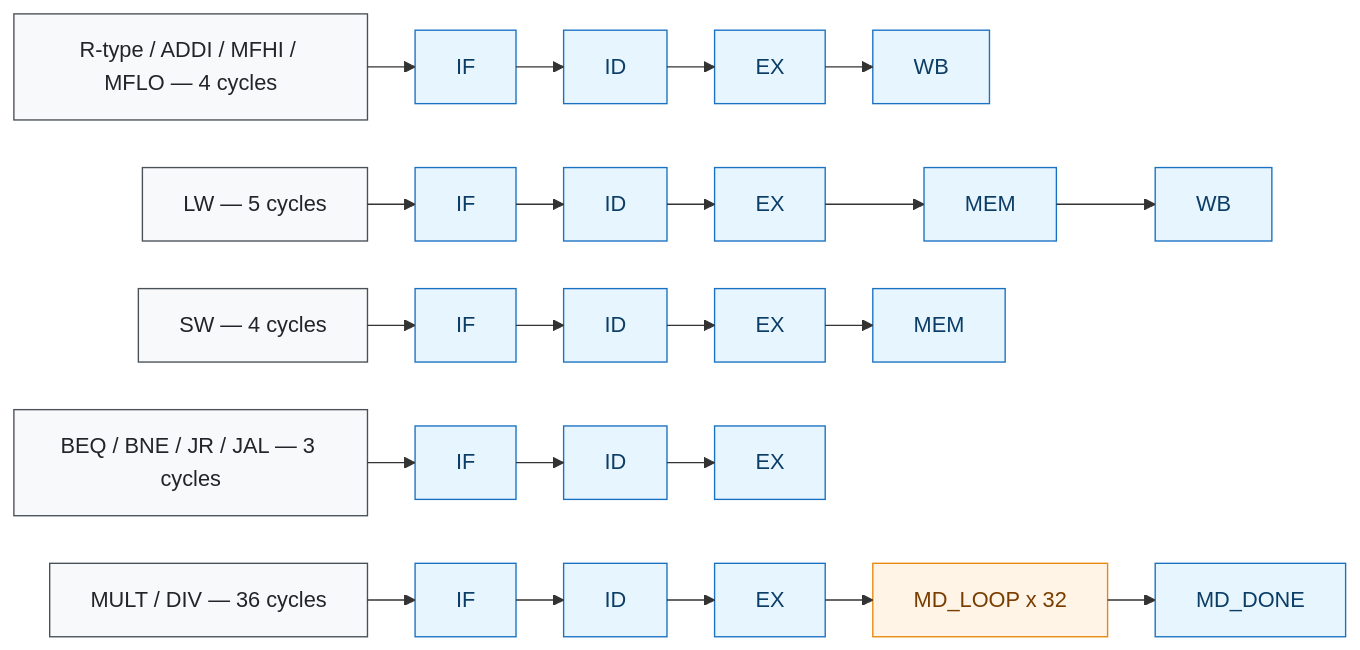
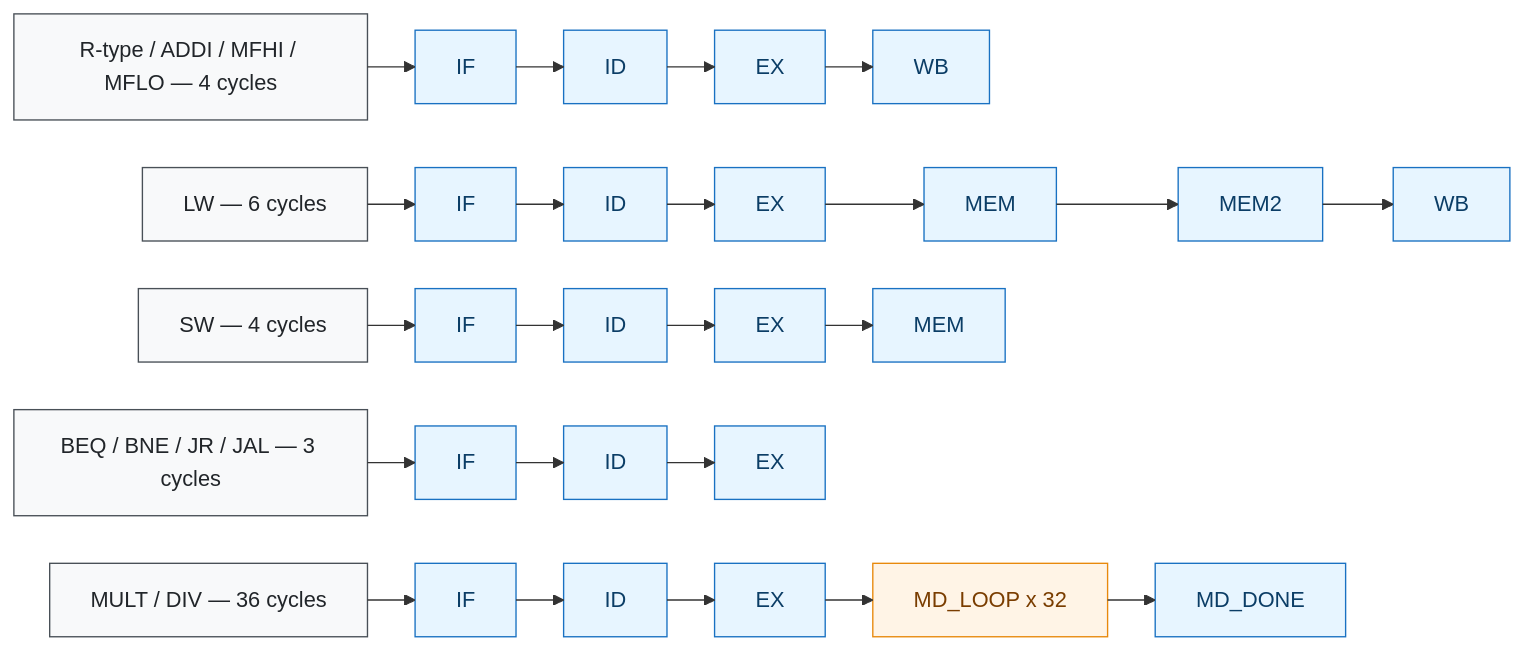
One commit to AtikRahat/mips-multi-cycle-cpu changed the tenth of 11 diagrams in ARCHITECTURE.md. Above: the diagram before and after it, drawn with Mermaid. The commit also changed other lines of this file and 100 other files, not shown here.

````diff
--- a/ARCHITECTURE.md
+++ b/ARCHITECTURE.md
@@ -665,25 +625,25 @@
 ```mermaid
 %%{init: {"flowchart": {"defaultRenderer": "elk"}} }%%
 flowchart LR
     A0["R-type / ADDI / MFHI / MFLO — 4 cycles"] --> A1
     A1["IF"] --> A2["ID"] --> A3["EX"] --> A4["WB"]
 
-    B0["LW — 5 cycles"] --> B1
-    B1["IF"] --> B2["ID"] --> B3["EX"] --> B4["MEM"] --> B5["WB"]
+    B0["LW — 6 cycles"] --> B1
+    B1["IF"] --> B2["ID"] --> B3["EX"] --> B4["MEM"] --> B4b["MEM2"] --> B5["WB"]
 
     C0["SW — 4 cycles"] --> C1
     C1["IF"] --> C2["ID"] --> C3["EX"] --> C4["MEM"]
 
     D0["BEQ / BNE / JR / JAL — 3 cycles"] --> D1
     D1["IF"] --> D2["ID"] --> D3["EX"]
 
     E0["MULT / DIV — 36 cycles"] --> E1
     E1["IF"] --> E2["ID"] --> E3["EX"] --> E4["MD_LOOP x 32"] --> E5["MD_DONE"]
 
     classDef stage fill:#e7f5ff,stroke:#1971c2,color:#0b3d66
     classDef big fill:#fff4e6,stroke:#e8890c,color:#7a3d00
     classDef lbl fill:#f8f9fa,stroke:#495057,color:#212529
-    class A1,A2,A3,A4,B1,B2,B3,B4,B5,C1,C2,C3,C4,D1,D2,D3,E1,E2,E3,E5 stage
+    class A1,A2,A3,A4,B1,B2,B3,B4,B4b,B5,C1,C2,C3,C4,D1,D2,D3,E1,E2,E3,E5 stage
     class E4 big
     class A0,B0,C0,D0,E0 lbl
 ```
````
